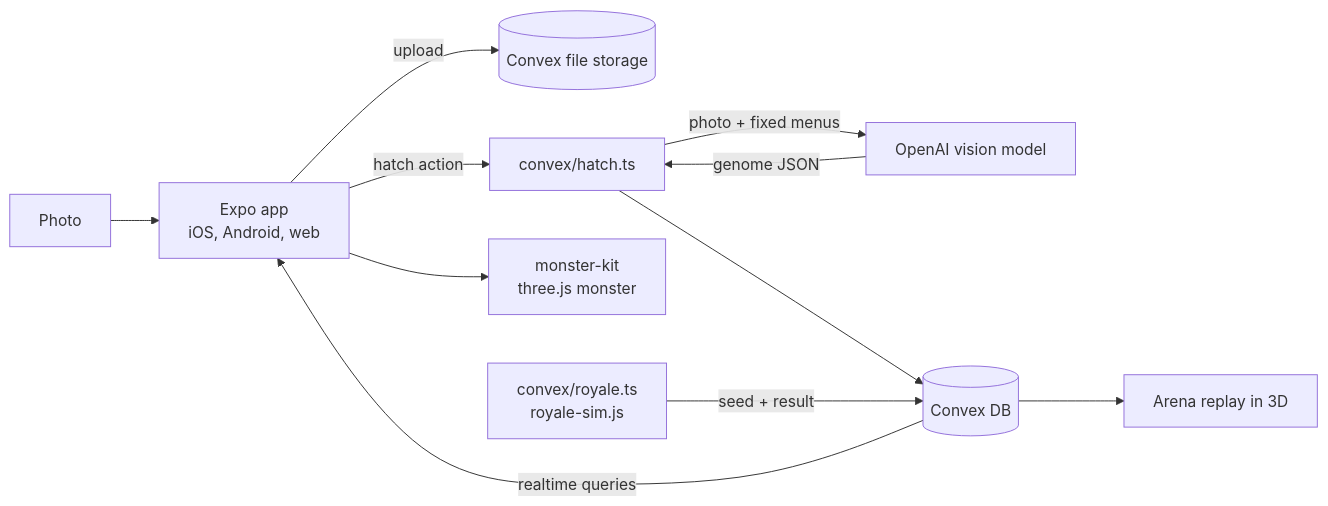
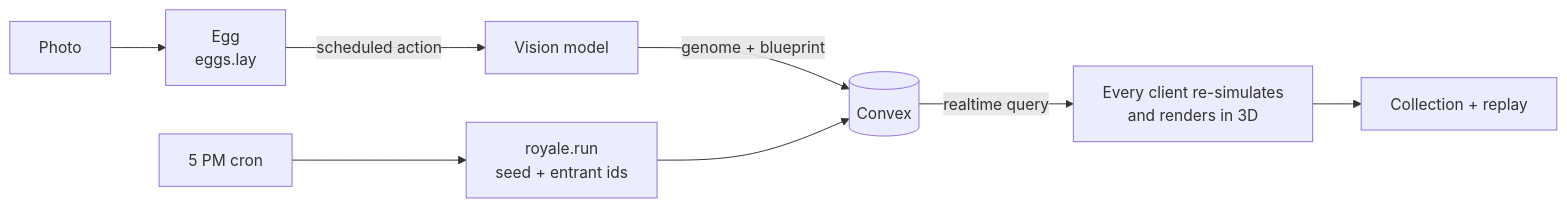
The diagram in README.md (aydamdonelly/monster-arena), drawn with Mermaid before and after one commit. The commit also changed other lines of this file and 1 other file, not shown here.

Commit message:
Docs: egg-first README and build log

````diff
--- a/README.md
+++ b/README.md
@@ -18,13 +23,10 @@
 ```mermaid
 flowchart LR
-  P[Photo] --> App[Expo app<br/>iOS, Android, web]
-  App -->|upload| S[(Convex file storage)]
-  App -->|hatch action| H[convex/hatch.ts]
-  H -->|photo + fixed menus| O[OpenAI vision model]
-  O -->|genome JSON| H
-  H --> DB[(Convex DB)]
-  DB -->|realtime queries| App
-  App --> K[monster-kit<br/>three.js monster]
-  R[convex/royale.ts<br/>royale-sim.js] -->|seed + result| DB
-  DB --> A[Arena replay in 3D]
+  P[Photo] --> E[Egg<br/>eggs.lay]
+  E -->|scheduled action| V[Vision model]
+  V -->|genome + blueprint| DB[(Convex)]
+  C[5 PM cron] --> R[royale.run<br/>seed + entrant ids]
+  R --> DB
+  DB -->|realtime query| A[Every client re-simulates<br/>and renders in 3D]
+  A --> Col[Collection + replay]
 ```
````
